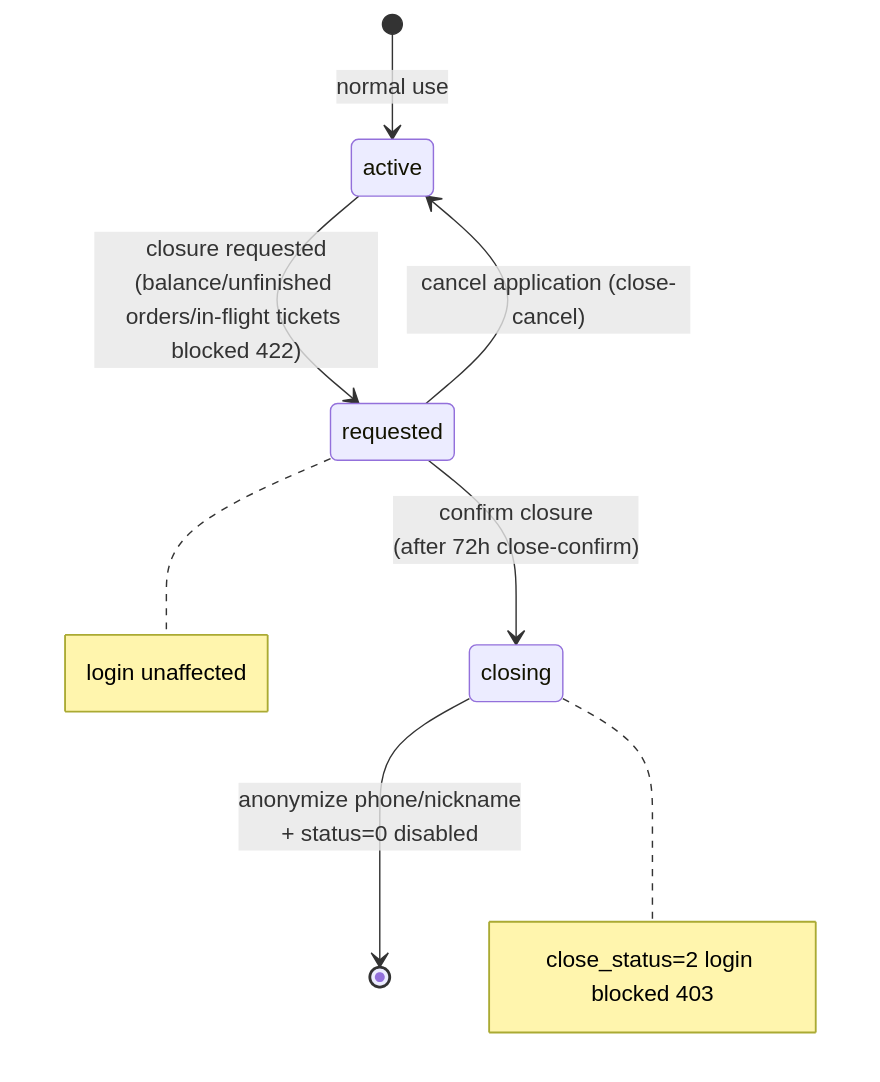
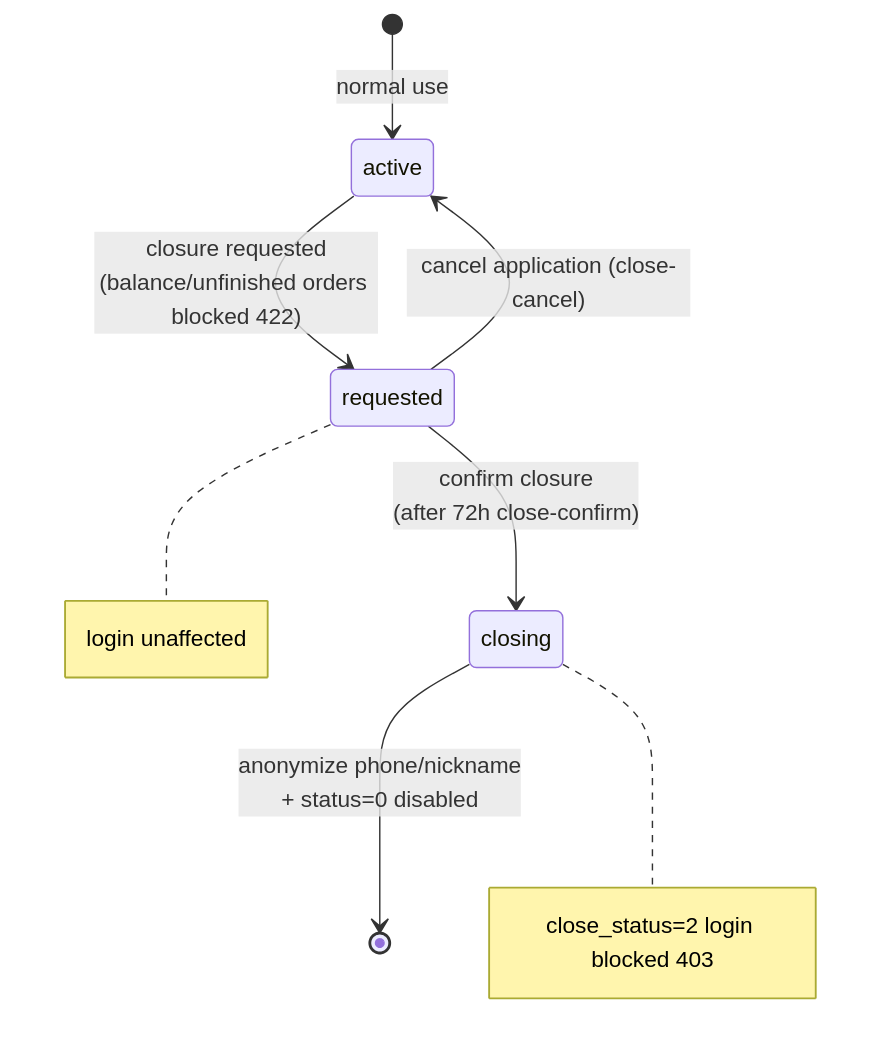
One commit to erikwang2013/appointment-php changed the tenth of 11 diagrams in docs/en/diagrams/LIFECYCLE-DIAGRAM.md. Above: the diagram before and after it, drawn with Mermaid. The commit also changed other lines of this file and 394 other files, not shown here.

Commit message:
文档：仅保留中英文 README，清理已移除功能与过时图片

````diff
--- a/docs/en/diagrams/LIFECYCLE-DIAGRAM.md
+++ b/docs/en/diagrams/LIFECYCLE-DIAGRAM.md
@@ -303,15 +208,15 @@
 ```mermaid
 stateDiagram-v2
     [*] --> active: normal use
 
-    active --> requested: closure requested<br/>(balance/unfinished orders/in-flight tickets blocked 422)
+    active --> requested: closure requested<br/>(balance/unfinished orders blocked 422)
 
     requested --> active: cancel application (close-cancel)
 
     requested --> closing: confirm closure<br/>(after 72h close-confirm)
 
     closing --> [*]: anonymize phone/nickname<br/>+ status=0 disabled
 
     note right of requested: login unaffected
     note right of closing: close_status=2 login blocked 403
 ```
````
